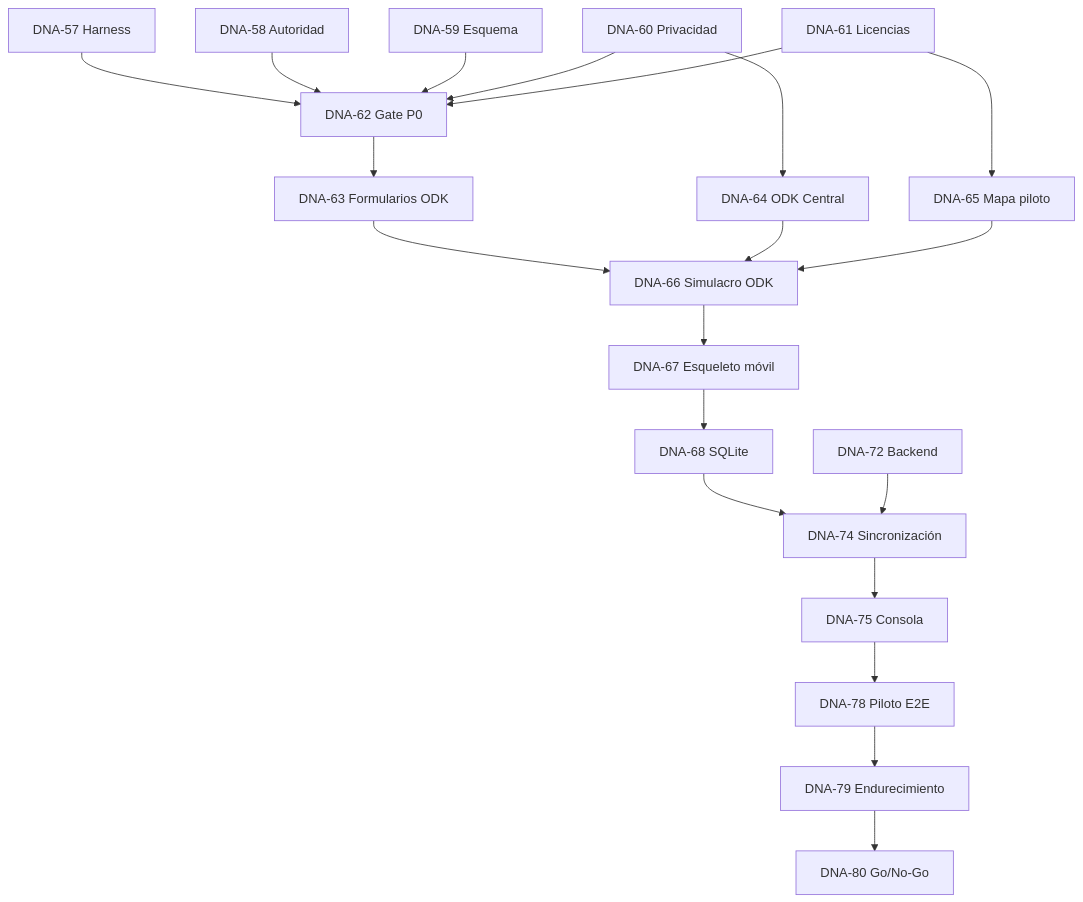
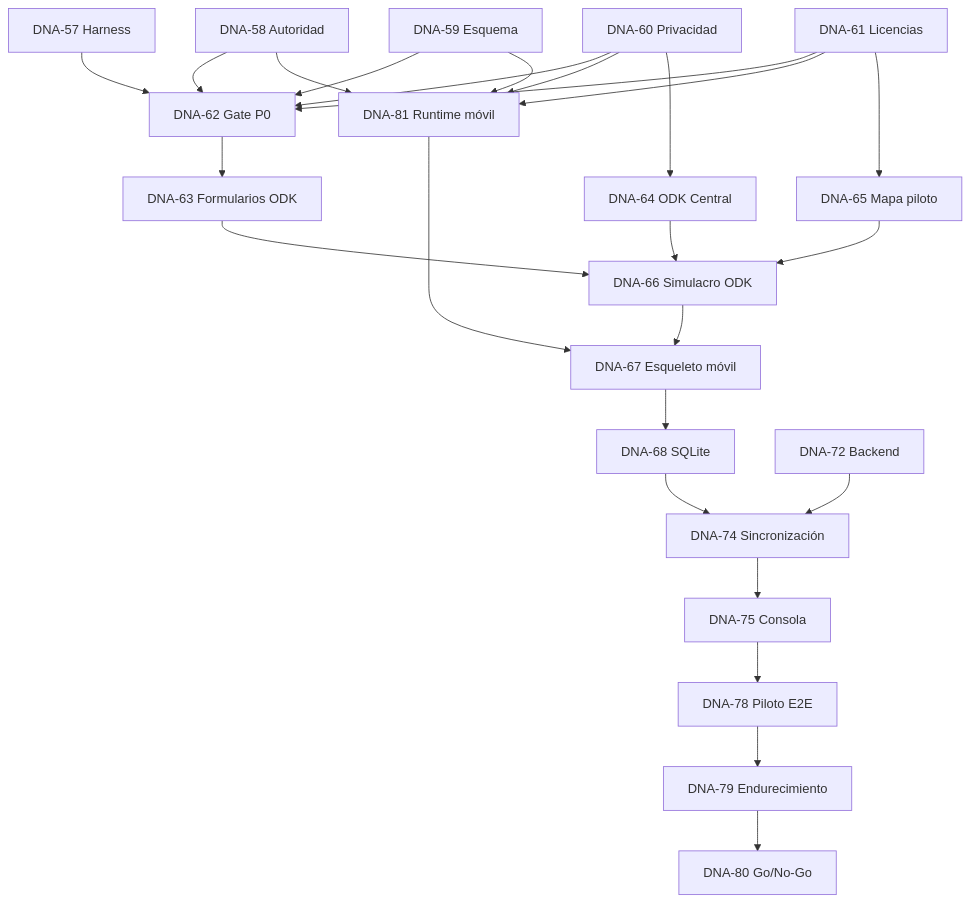
The diagram in docs/task-graph.md (julianAnibal/sistema-postsismo-ia-offline), drawn with Mermaid before and after one commit. The commit also changed other lines of this file and 7 other files, not shown here.

Commit message:
DNA-81 propose mobile offline architecture

````diff
--- a/docs/task-graph.md
+++ b/docs/task-graph.md
@@ -15,22 +15,27 @@
 ```mermaid
 flowchart TD
   H["DNA-57 Harness"] --> G["DNA-62 Gate P0"]
   A["DNA-58 Autoridad"] --> G
   S["DNA-59 Esquema"] --> G
   P["DNA-60 Privacidad"] --> G
   L["DNA-61 Licencias"] --> G
+  A --> U["DNA-81 Runtime móvil"]
+  S --> U
+  P --> U
+  L --> U
   G --> F["DNA-63 Formularios ODK"]
   P --> C["DNA-64 ODK Central"]
   L --> M["DNA-65 Mapa piloto"]
   F --> O["DNA-66 Simulacro ODK"]
   C --> O
   M --> O
   O --> R["DNA-67 Esqueleto móvil"]
+  U --> R
   R --> D["DNA-68 SQLite"]
   D --> Y["DNA-74 Sincronización"]
   B["DNA-72 Backend"] --> Y
   Y --> W["DNA-75 Consola"]
   W --> E["DNA-78 Piloto E2E"]
   E --> X["DNA-79 Endurecimiento"]
   X --> N["DNA-80 Go/No-Go"]
 ```
````
